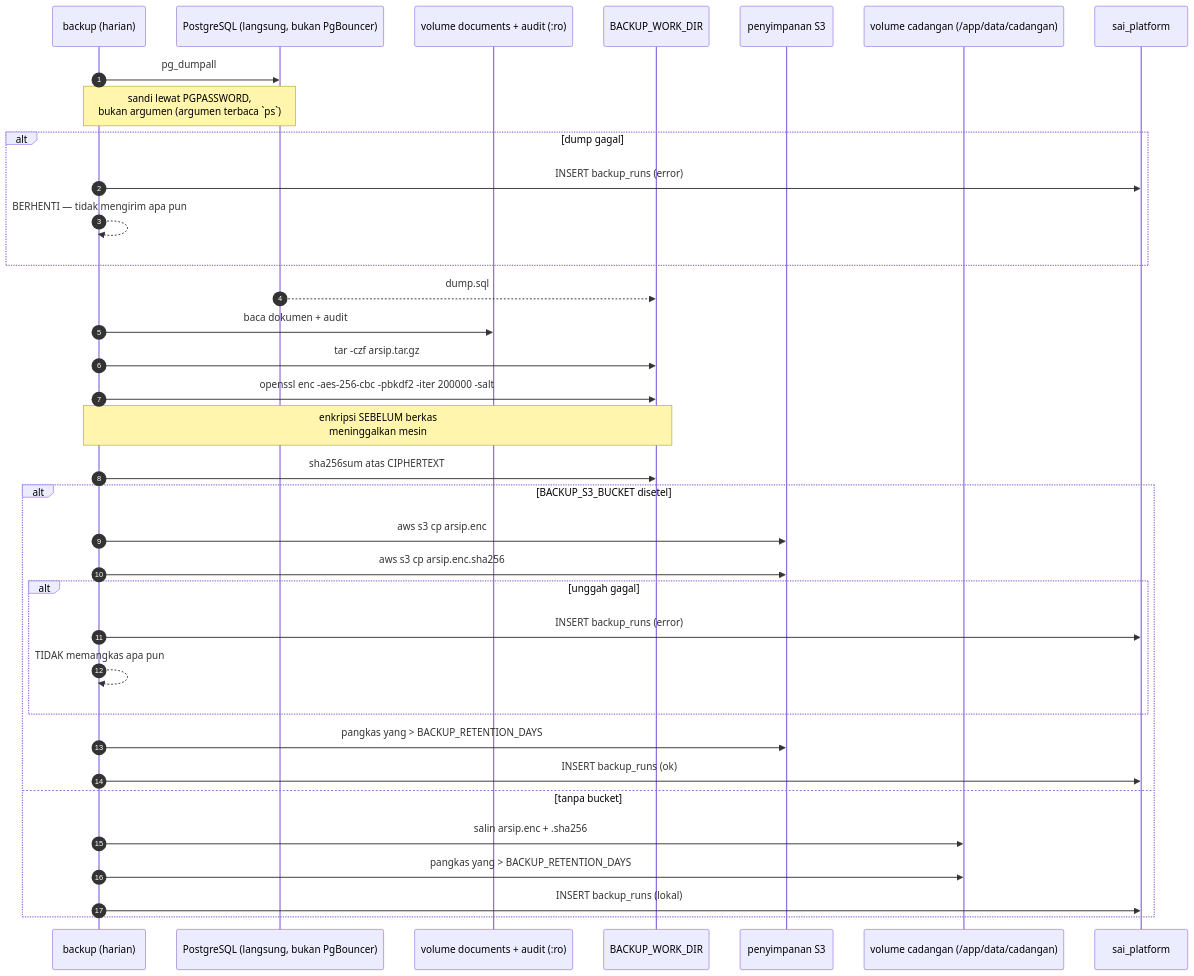
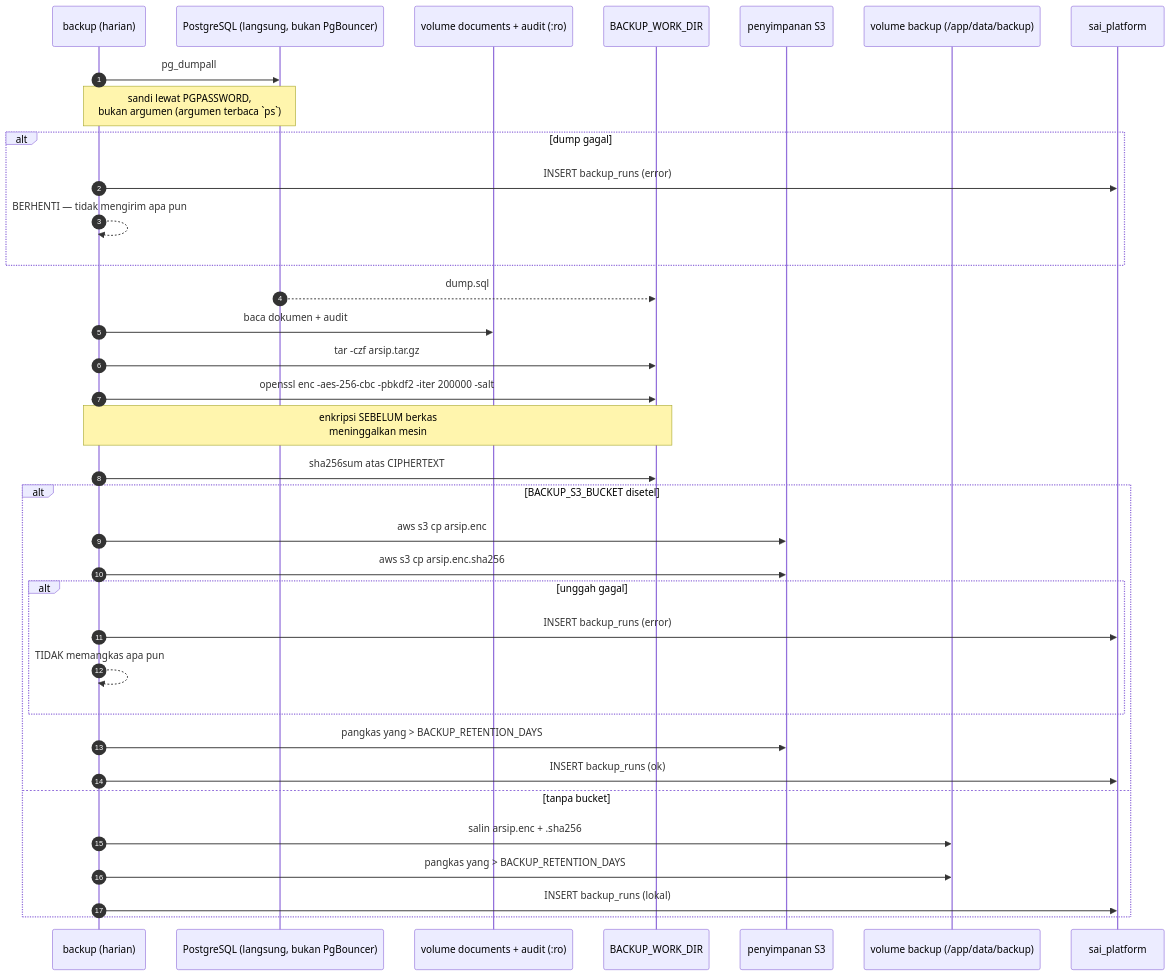
One commit to tri-evendi/sai-accounting changed the sixth of 9 diagrams in docs/arsitektur/06-ALIRAN-DATA.md. Above: the diagram before and after it, drawn with Mermaid. The commit also changed other lines of this file and 31 other files, not shown here.

````diff
--- a/docs/arsitektur/06-ALIRAN-DATA.md
+++ b/docs/arsitektur/06-ALIRAN-DATA.md
@@ -290,40 +290,40 @@
 ```mermaid
 sequenceDiagram
     autonumber
     participant B as backup (harian)
     participant DB as PostgreSQL (langsung, bukan PgBouncer)
     participant V as volume documents + audit (:ro)
     participant FS as BACKUP_WORK_DIR
     participant S3 as penyimpanan S3
-    participant L as volume cadangan (/app/data/cadangan)
+    participant L as volume backup (/app/data/backup)
     participant PDB as sai_platform
 
     B->>DB: pg_dumpall
     Note over B,DB: sandi lewat PGPASSWORD,<br/>bukan argumen (argumen terbaca `ps`)
     alt dump gagal
         B->>PDB: INSERT backup_runs (error)
         B-->>B: BERHENTI — tidak mengirim apa pun
     end
     DB-->>FS: dump.sql
 
     B->>V: baca dokumen + audit
     B->>FS: tar -czf arsip.tar.gz
     B->>FS: openssl enc -aes-256-cbc -pbkdf2 -iter 200000 -salt
     Note over B,FS: enkripsi SEBELUM berkas<br/>meninggalkan mesin
     B->>FS: sha256sum atas CIPHERTEXT
 
     alt BACKUP_S3_BUCKET disetel
         B->>S3: aws s3 cp arsip.enc
         B->>S3: aws s3 cp arsip.enc.sha256
         alt unggah gagal
             B->>PDB: INSERT backup_runs (error)
             B-->>B: TIDAK memangkas apa pun
         end
         B->>S3: pangkas yang > BACKUP_RETENTION_DAYS
         B->>PDB: INSERT backup_runs (ok)
     else tanpa bucket
         B->>L: salin arsip.enc + .sha256
         B->>L: pangkas yang > BACKUP_RETENTION_DAYS
         B->>PDB: INSERT backup_runs (lokal)
     end
 ```
````
